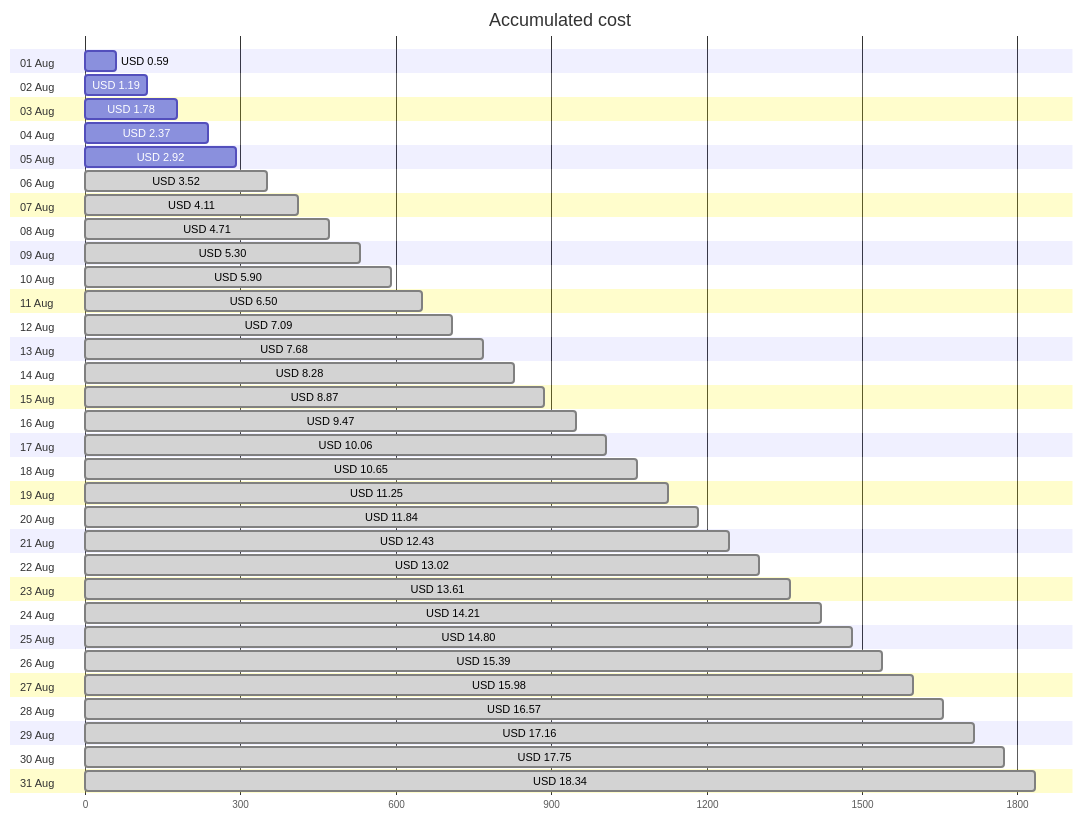
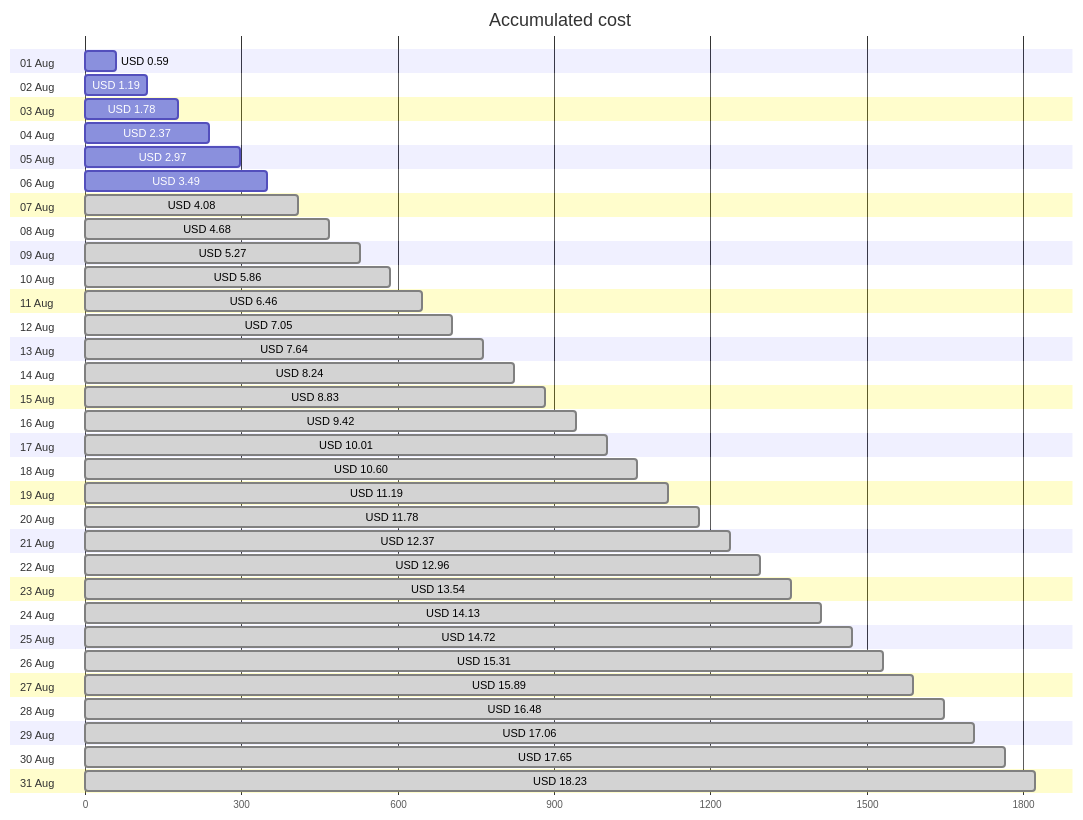
One commit to jpfulton/azure-personal-reports changed the first of 4 diagrams in cost-reports/personal-site/README.md. Above: the diagram before and after it, drawn with Mermaid. The commit also changed other lines of this file and 6 other files, not shown here.

````diff
--- a/cost-reports/personal-site/README.md
+++ b/cost-reports/personal-site/README.md
@@ -20,68 +20,68 @@
 ```mermaid
 gantt
    title Accumulated cost
    dateFormat  X
    axisFormat %s
    section 01 Aug
    USD 0.59 :0, 59
    section 02 Aug
    USD 1.19 :0, 119
    section 03 Aug
    USD 1.78 :0, 178
    section 04 Aug
    USD 2.37 :0, 237
    section 05 Aug
-   USD 2.92 :0, 292
+   USD 2.97 :0, 297
    section 06 Aug
-   USD 3.52 : done, 0, 352
+   USD 3.49 :0, 349
    section 07 Aug
-   USD 4.11 : done, 0, 411
+   USD 4.08 : done, 0, 408
    section 08 Aug
-   USD 4.71 : done, 0, 471
+   USD 4.68 : done, 0, 468
    section 09 Aug
-   USD 5.30 : done, 0, 530
+   USD 5.27 : done, 0, 527
    section 10 Aug
-   USD 5.90 : done, 0, 590
+   USD 5.86 : done, 0, 586
    section 11 Aug
-   USD 6.50 : done, 0, 650
+   USD 6.46 : done, 0, 646
    section 12 Aug
-   USD 7.09 : done, 0, 709
+   USD 7.05 : done, 0, 705
    section 13 Aug
-   USD 7.68 : done, 0, 768
+   USD 7.64 : done, 0, 764
    section 14 Aug
-   USD 8.28 : done, 0, 828
+   USD 8.24 : done, 0, 824
    section 15 Aug
-   USD 8.87 : done, 0, 887
+   USD 8.83 : done, 0, 883
    section 16 Aug
-   USD 9.47 : done, 0, 947
+   USD 9.42 : done, 0, 942
    section 17 Aug
-   USD 10.06 : done, 0, 1006
+   USD 10.01 : done, 0, 1001
    section 18 Aug
-   USD 10.65 : done, 0, 1065
+   USD 10.60 : done, 0, 1060
    section 19 Aug
-   USD 11.25 : done, 0, 1125
+   USD 11.19 : done, 0, 1119
    section 20 Aug
-   USD 11.84 : done, 0, 1184
+   USD 11.78 : done, 0, 1178
    section 21 Aug
-   USD 12.43 : done, 0, 1243
+   USD 12.37 : done, 0, 1237
    section 22 Aug
-   USD 13.02 : done, 0, 1302
+   USD 12.96 : done, 0, 1296
    section 23 Aug
-   USD 13.61 : done, 0, 1361
+   USD 13.54 : done, 0, 1354
    section 24 Aug
-   USD 14.21 : done, 0, 1421
+   USD 14.13 : done, 0, 1413
    section 25 Aug
-   USD 14.80 : done, 0, 1480
+   USD 14.72 : done, 0, 1472
    section 26 Aug
-   USD 15.39 : done, 0, 1539
+   USD 15.31 : done, 0, 1531
    section 27 Aug
-   USD 15.98 : done, 0, 1598
+   USD 15.89 : done, 0, 1589
    section 28 Aug
-   USD 16.57 : done, 0, 1657
+   USD 16.48 : done, 0, 1648
    section 29 Aug
-   USD 17.16 : done, 0, 1716
+   USD 17.06 : done, 0, 1706
    section 30 Aug
-   USD 17.75 : done, 0, 1775
+   USD 17.65 : done, 0, 1765
    section 31 Aug
-   USD 18.34 : done, 0, 1834
+   USD 18.23 : done, 0, 1823
 ```
````
